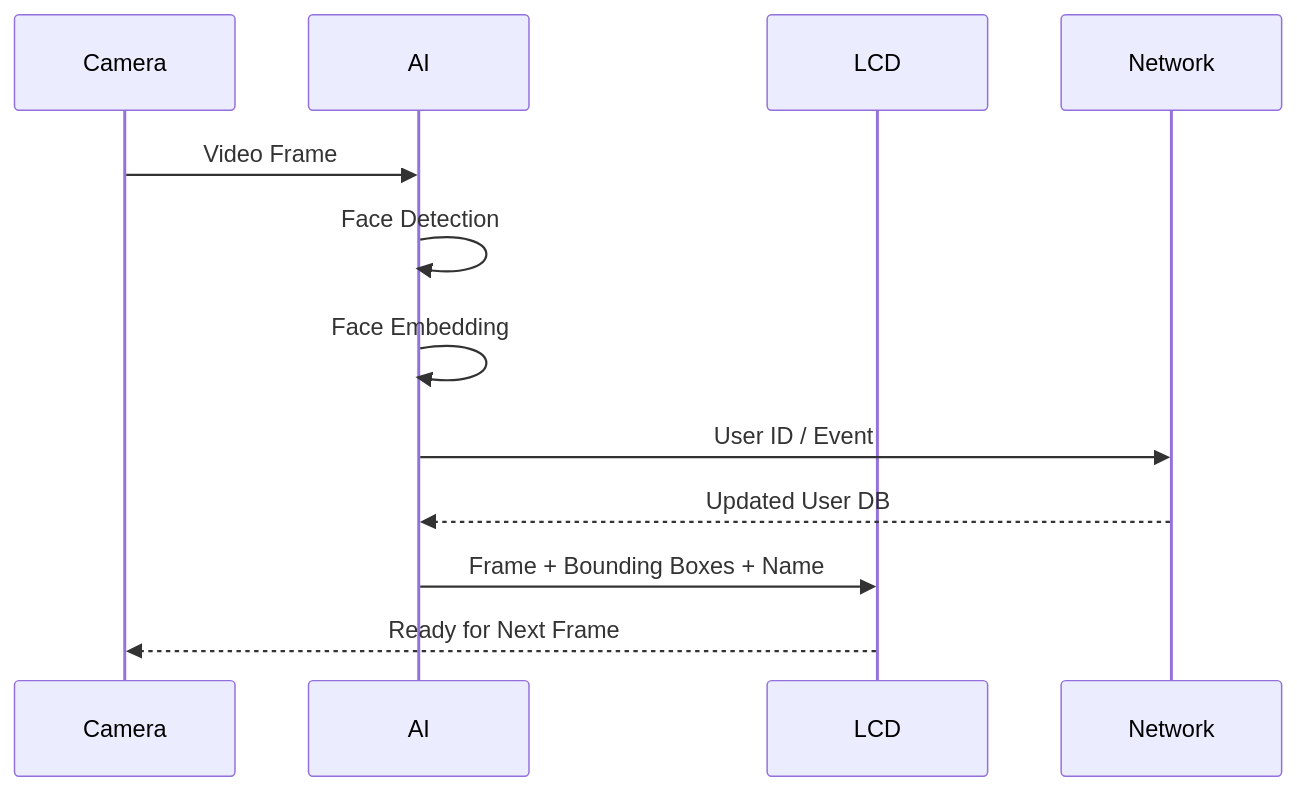
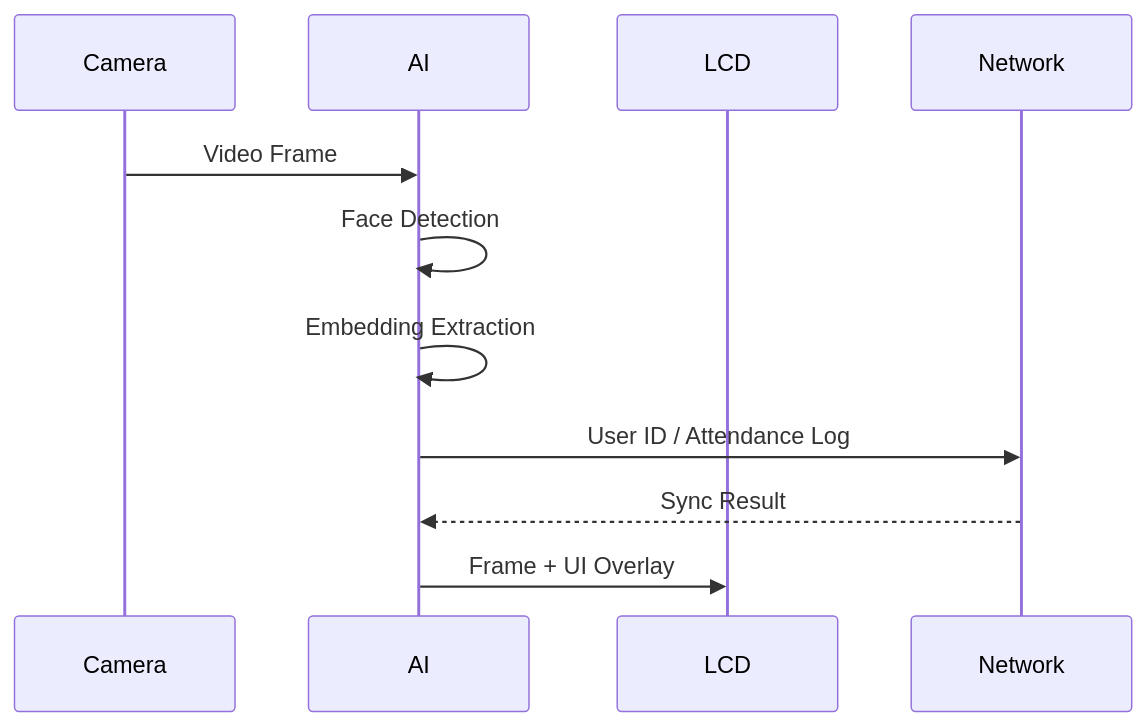
The third of 3 diagrams in README.md (Phong74R5/DoAn2), drawn with Mermaid before and after one commit. The commit also changed other lines of this file, not shown here.

First line of the commit message:
Revise README for project name and details update

````diff
--- a/README.md
+++ b/README.md
@@ -111,15 +231,14 @@
 ```mermaid
 sequenceDiagram
     participant Camera
     participant AI
     participant LCD
     participant Network
 
     Camera->>AI: Video Frame
     AI->>AI: Face Detection
-    AI->>AI: Face Embedding
-    AI->>Network: User ID / Event
-    Network-->>AI: Updated User DB
-    AI->>LCD: Frame + Bounding Boxes + Name
-    LCD-->>Camera: Ready for Next Frame
+    AI->>AI: Embedding Extraction
+    AI->>Network: User ID / Attendance Log
+    Network-->>AI: Sync Result
+    AI->>LCD: Frame + UI Overlay
 ```
````
